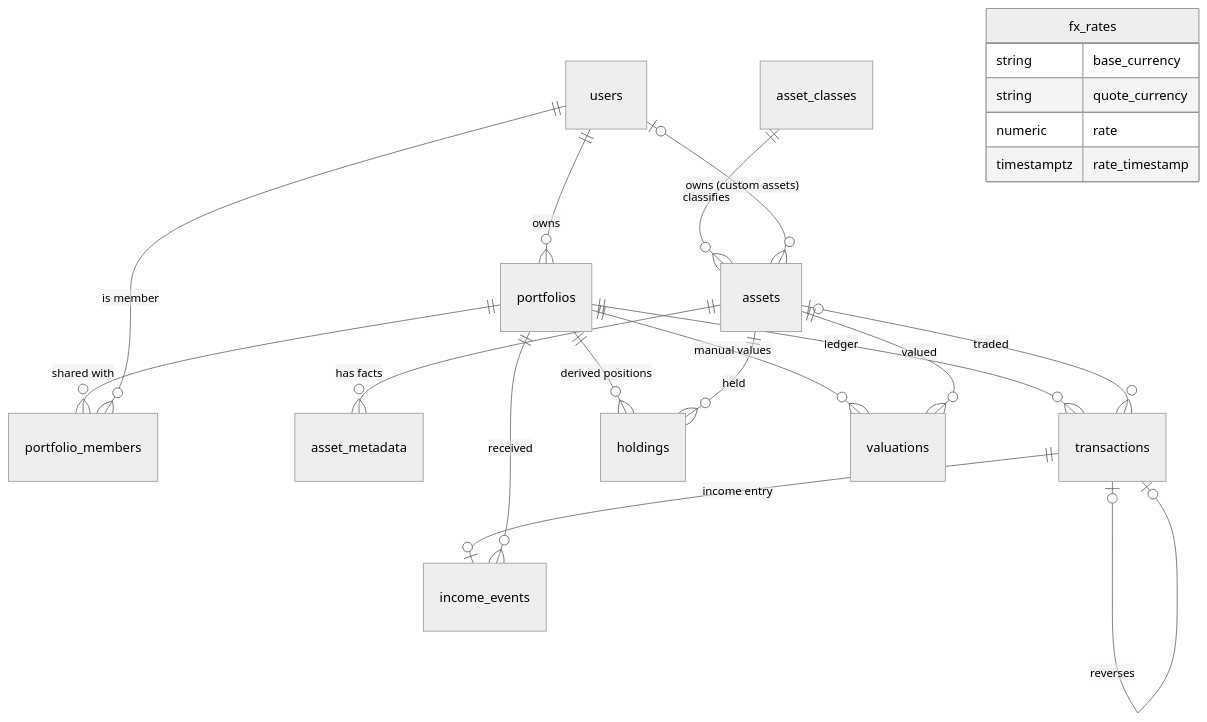
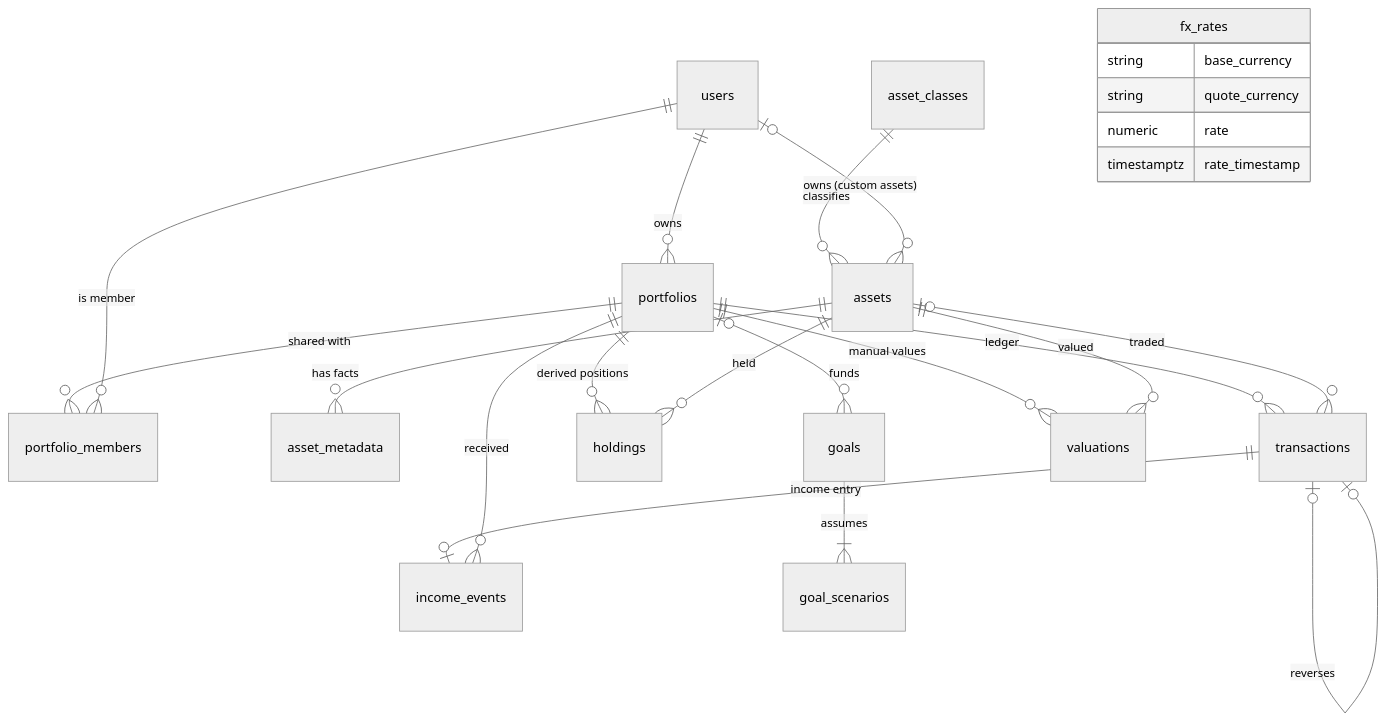
Before and after one commit to kmdmtisya/KMD-Sphere-V2: the diagram in docs/design/data-model.md, drawn with Mermaid (neutral theme). The commit also changed other lines of this file and 27 other files, not shown here.

````diff
--- a/docs/design/data-model.md
+++ b/docs/design/data-model.md
@@ -7,24 +7,26 @@
 ```mermaid
 erDiagram
   users ||--o{ portfolios : owns
   portfolios ||--o{ portfolio_members : "shared with"
   users ||--o{ portfolio_members : "is member"
   asset_classes ||--o{ assets : classifies
   users |o--o{ assets : "owns (custom assets)"
   assets ||--o{ asset_metadata : "has facts"
   portfolios ||--o{ transactions : "ledger"
   assets |o--o{ transactions : "traded"
   transactions |o--o| transactions : "reverses"
   portfolios ||--o{ holdings : "derived positions"
   assets ||--o{ holdings : "held"
   transactions ||--o| income_events : "income entry"
   portfolios ||--o{ income_events : "received"
+  portfolios |o--o{ goals : "funds"
+  goals ||--|{ goal_scenarios : "assumes"
   portfolios ||--o{ valuations : "manual values"
   assets ||--o{ valuations : "valued"
   fx_rates {
     string base_currency
     string quote_currency
     numeric rate
     timestamptz rate_timestamp
   }
 ```
````
